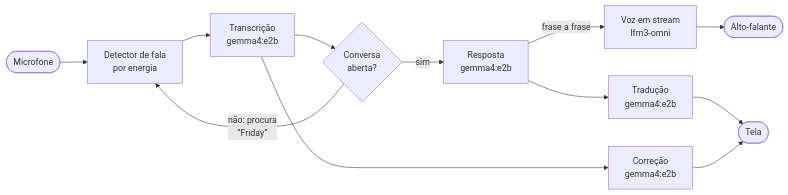
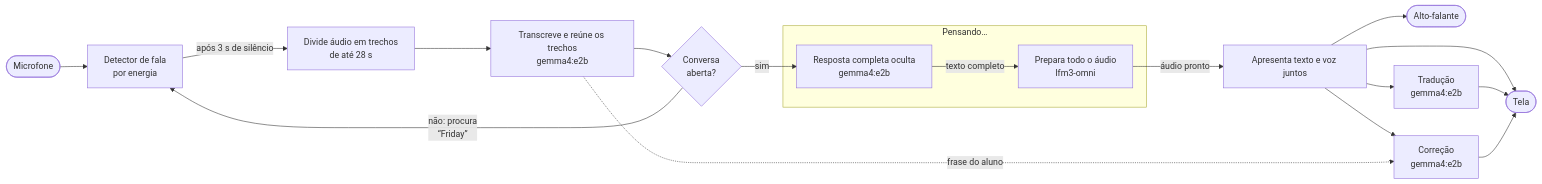
The diagram in docs/architecture.mmd (itzRaellK/friday-voice-tutor), drawn with Mermaid before and after one commit. The commit also changed 19 other files, not shown here.

```diff
--- a/docs/architecture.mmd
+++ b/docs/architecture.mmd
@@ -1,12 +1,20 @@
 flowchart LR
     Mic([Microfone]) --> VAD[Detector de fala<br>por energia]
-    VAD --> STT[Transcrição<br>gemma4:e2b]
+    VAD -- após 3 s de silêncio --> Split[Divide áudio em trechos<br>de até 28 s]
+    Split --> STT[Transcreve e reúne os trechos<br>gemma4:e2b]
     STT --> Wake{Conversa<br>aberta?}
     Wake -- "não: procura<br>“Friday”" --> VAD
-    Wake -- sim --> Chat[Resposta<br>gemma4:e2b]
-    Chat -- frase a frase --> TTS[Voz em stream<br>lfm3-omni]
-    Chat --> Tr[Tradução<br>gemma4:e2b]
-    STT --> Fix[Correção<br>gemma4:e2b]
-    TTS --> Out([Alto-falante])
-    Tr --> Tela([Tela])
+    subgraph Prep[Pensando…]
+        Chat[Resposta completa oculta<br>gemma4:e2b]
+        TTS[Prepara todo o áudio<br>lfm3-omni]
+        Chat -- texto completo --> TTS
+    end
+    Wake -- sim --> Chat
+    TTS -- áudio pronto --> Present[Apresenta texto e voz juntos]
+    Present --> Out([Alto-falante])
+    Present --> Tela([Tela])
+    Present --> Tr[Tradução<br>gemma4:e2b]
+    Present --> Fix[Correção<br>gemma4:e2b]
+    STT -. frase do aluno .-> Fix
+    Tr --> Tela
     Fix --> Tela
```
